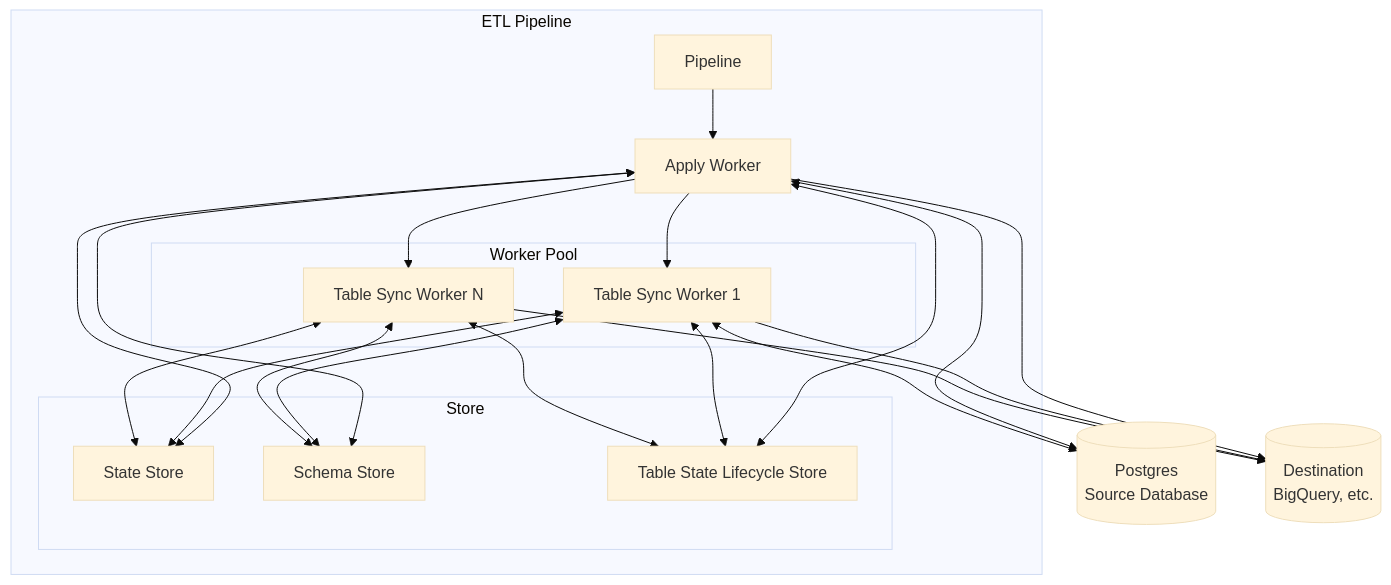
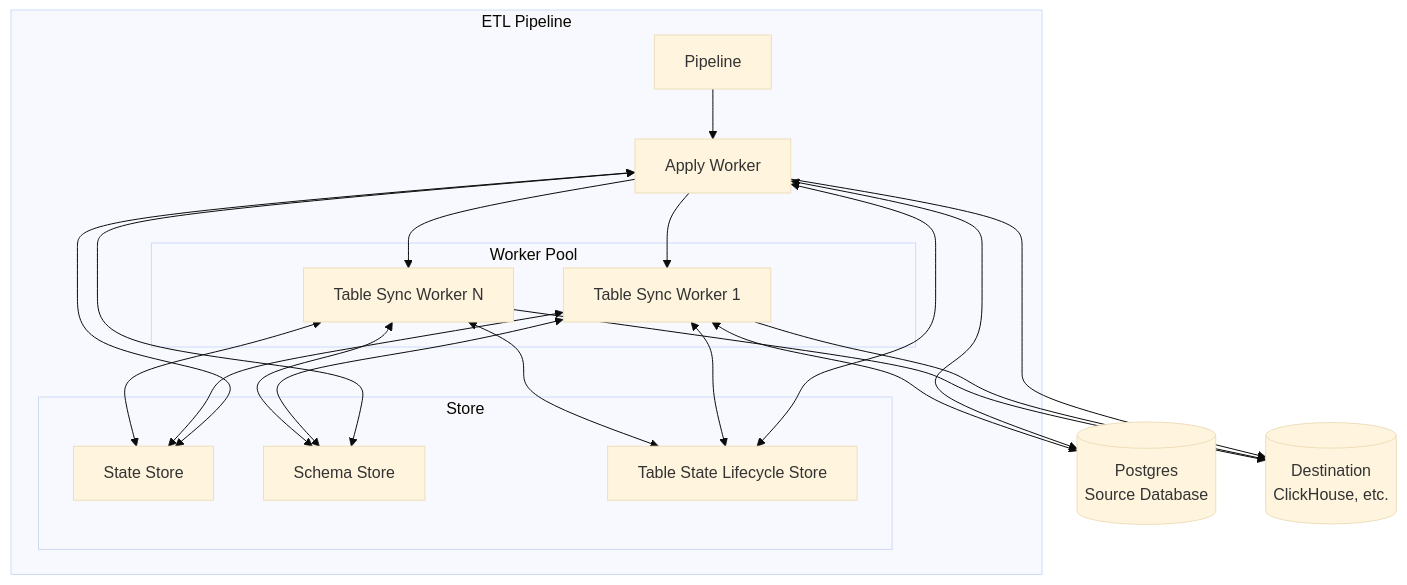
One commit to supabase/etl changed the diagram in crates/etl/README.md. Above: the diagram before and after it, drawn with Mermaid (base theme). The commit also changed 22 other files, not shown here.

````diff
--- a/crates/etl/README.md
+++ b/crates/etl/README.md
@@ -44,47 +44,47 @@
 ```mermaid
 graph TB
     subgraph "ETL Pipeline"
         Pipeline["Pipeline"]
 
         ApplyWorker["Apply Worker"]
 
         subgraph "Worker Pool"
             TSWorker1["Table Sync Worker 1"]
             TSWorkerN["Table Sync Worker N"]
         end
 
         subgraph "Store"
             StateStore["State Store"]
             SchemaStore["Schema Store"]
             LifecycleStore["Table State Lifecycle Store"]
         end
     end
 
     PG[("Postgres<br/>Source Database")]
 
-    Destination[("Destination<br/>BigQuery, etc.")]
+    Destination[("Destination<br/>ClickHouse, etc.")]
 
     Pipeline --> ApplyWorker
 
     ApplyWorker --> TSWorker1
     ApplyWorker --> TSWorkerN
 
     ApplyWorker --> Destination
     TSWorker1 --> Destination
     TSWorkerN --> Destination
 
     ApplyWorker <--> PG
     TSWorker1 <--> PG
 
     ApplyWorker <--> StateStore
     ApplyWorker <--> SchemaStore
     ApplyWorker <--> LifecycleStore
 
     TSWorker1 <--> StateStore
     TSWorker1 <--> SchemaStore
     TSWorker1 <--> LifecycleStore
 
     TSWorkerN <--> StateStore
     TSWorkerN <--> SchemaStore
     TSWorkerN <--> LifecycleStore
 ```
````
